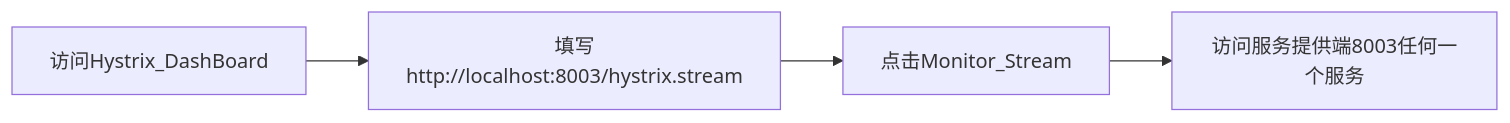
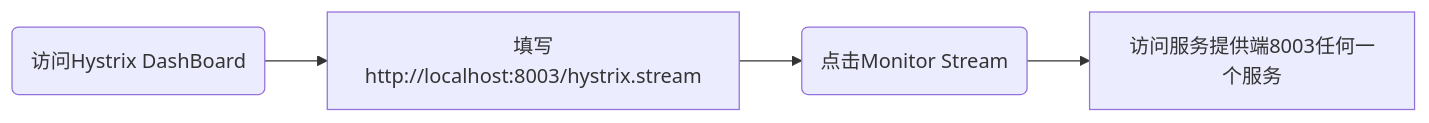
Before and after one commit to lingwh1995/books: diagram 11 of 54 in backend/springcloud/springcloud-eureka/springcloud-eureka.md, drawn with Mermaid. The commit also changed other lines of this file, not shown here.

````diff
--- a/backend/springcloud/springcloud-eureka/springcloud-eureka.md
+++ b/backend/springcloud/springcloud-eureka/springcloud-eureka.md
@@ -1304,6 +1304,6 @@
 ```mermaid
 flowchart LR
-    访问Hystrix_DashBoard-->填写http://localhost:8003/hystrix.stream
-    填写http://localhost:8003/hystrix.stream-->点击Monitor_Stream
-    点击Monitor_Stream-->访问服务提供端8003任何一个服务
+    A("访问Hystrix DashBoard")-->填写http://localhost:8003/hystrix.stream
+    填写http://localhost:8003/hystrix.stream-->B("点击Monitor Stream")
+    B("点击Monitor Stream")-->访问服务提供端8003任何一个服务
 ```
````
